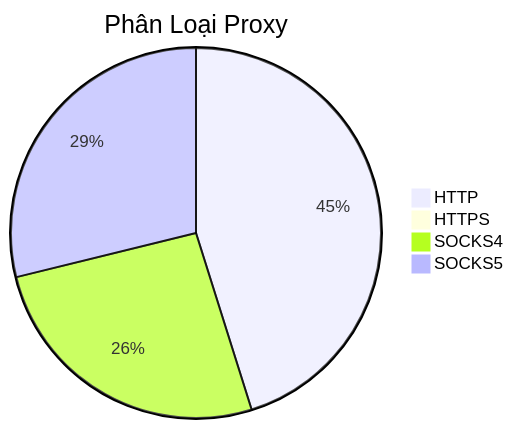
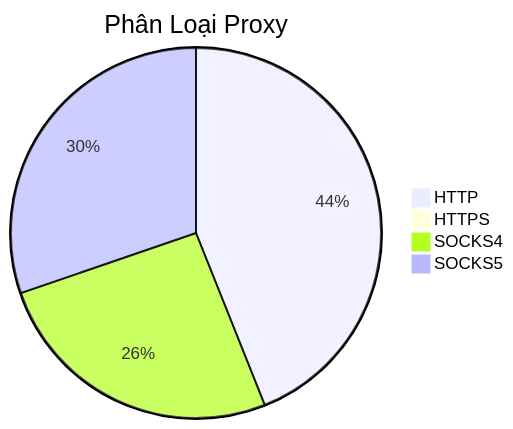
The diagram in README.md (Ciara-12/PROXY-free), drawn with Mermaid before and after one commit. The commit also changed other lines of this file and 4 other files, not shown here.

````diff
--- a/README.md
+++ b/README.md
@@ -26,7 +26,7 @@
 ```mermaid
 pie title Phân Loại Proxy
-    "HTTP" : 595
-    "HTTPS" : 0
-    "SOCKS4" : 343
-    "SOCKS5" : 380
+    "HTTP" : 501
+    "HTTPS" : 1
+    "SOCKS4" : 294
+    "SOCKS5" : 345
 ```
````
